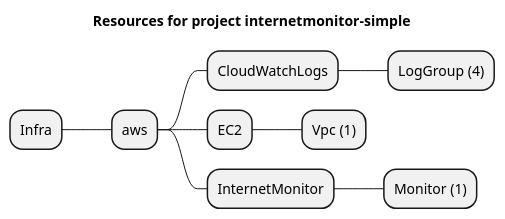
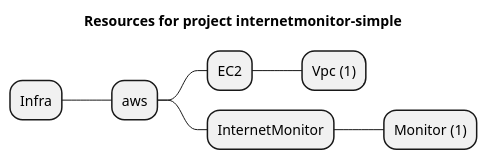
The diagram in examples/aws/InternetMonitor/internetmonitor-simple/artifacts/resources-mindmap.puml (grucloud/grucloud), drawn with PlantUML before and after one commit. The commit also changed 4 other files, not shown here.

```diff
--- a/examples/aws/InternetMonitor/internetmonitor-simple/artifacts/resources-mindmap.puml
+++ b/examples/aws/InternetMonitor/internetmonitor-simple/artifacts/resources-mindmap.puml
@@ -1,12 +1,10 @@
 @startmindmap
 title Resources for project internetmonitor-simple
 skinparam monochrome true
 + Infra
 ++ aws
-+++ CloudWatchLogs
-++++ LogGroup (4)
 +++ EC2
 ++++ Vpc (1)
 +++ InternetMonitor
 ++++ Monitor (1)
 @endmindmap
```
